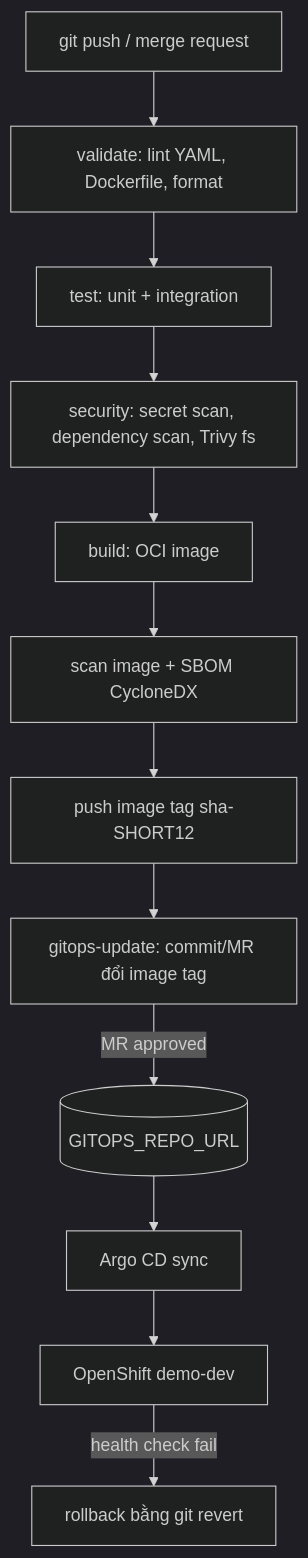
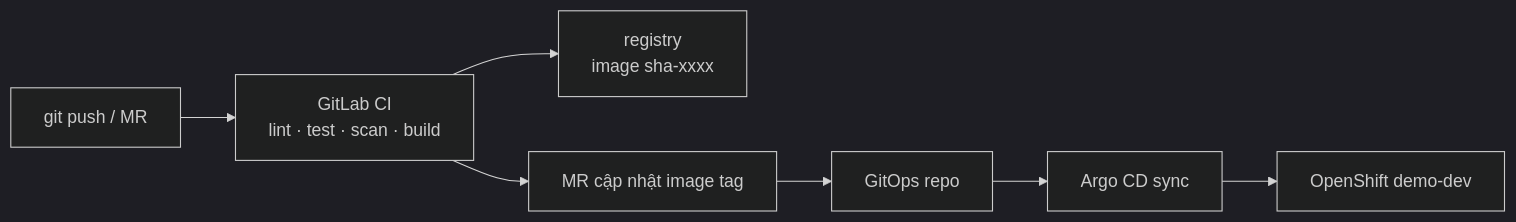
One commit to tomnphc/devopslab changed the fourth of 7 diagrams in phase-0.md. Above: the diagram before and after it, drawn with Mermaid (dark theme). The commit also changed other lines of this file, not shown here.

````diff
--- a/phase-0.md
+++ b/phase-0.md
@@ -202,14 +154,9 @@
 ```mermaid
-flowchart TD
-  P["git push / merge request"] --> V["validate: lint YAML, Dockerfile, format"]
-  V --> T["test: unit + integration"]
-  T --> S["security: secret scan, dependency scan, Trivy fs"]
-  S --> B["build: OCI image"]
-  B --> I["scan image + SBOM CycloneDX"]
-  I --> PUB["push image tag sha-SHORT12"]
-  PUB --> GU["gitops-update: commit/MR đổi image tag"]
-  GU -->|MR approved| GITOPS[("GITOPS_REPO_URL")]
-  GITOPS --> ARGO["Argo CD sync"]
+flowchart LR
+  P["git push / MR"] --> CI["GitLab CI<br/>lint · test · scan · build"]
+  CI --> REG["registry<br/>image sha-xxxx"]
+  CI --> MR["MR cập nhật image tag"]
+  MR --> GIT["GitOps repo"]
+  GIT --> ARGO["Argo CD sync"]
   ARGO --> CL["OpenShift demo-dev"]
-  CL -->|health check fail| RB["rollback bằng git revert"]
 ```
````
